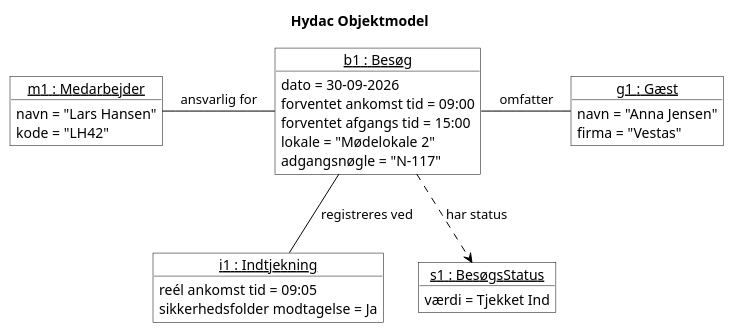
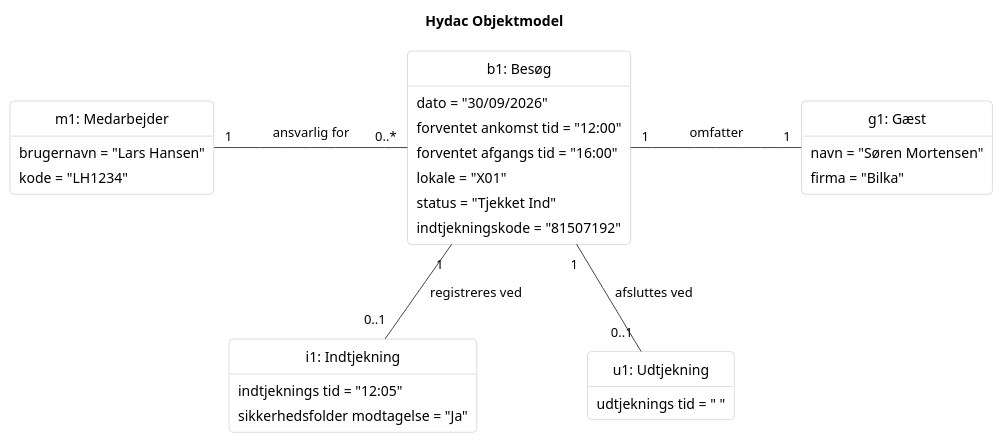
Before and after one commit to Zoabz/Hydac: the diagram in 3. Objekt Model/3. Objekt Model.puml, drawn with PlantUML.

Commit message:
Objektmodel opdateret

```diff
--- a/3. Objekt Model/3. Objekt Model.puml
+++ b/3. Objekt Model/3. Objekt Model.puml
@@ -1,42 +1,64 @@
-@startuml
+@startuml Hydac_Domaenemodel_v2
+
+skinparam backgroundColor White
+skinparam shadowing false
+skinparam defaultFontName Arial
+skinparam roundCorner 8
+skinparam linetype polyline
+skinparam nodesep 110
+skinparam ranksep 70
+skinparam padding 3
+skinparam titleFontStyle bold
+
+hide circle
+hide methods
+
+skinparam class {
+    BackgroundColor White
+    BorderColor #BBBBBB
+    ArrowColor #444444
+    FontColor Black
+    AttributeFontColor Black
+}
+
 title Hydac Objektmodel
 
-skinparam shadowing false
-skinparam object {
-  BackgroundColor White
-  BorderColor Black
-  ArrowColor Black
+class "m1: Medarbejder" as Medarbejder {
+    brugernavn = "Lars Hansen"
+    kode = "LH1234"
 }
 
-object "<u>m1 : Medarbejder</u>" as m1 {
-  navn = "Lars Hansen"
-  kode = "LH42"
+class "b1: Besøg" as Besog {
+    dato = "30/09/2026"
+    forventet ankomst tid = "12:00"
+    forventet afgangs tid = "16:00"
+    lokale = "X01"
+    status = "Tjekket Ind"
+    indtjekningskode = "81507192"
 }
 
-object "<u>b1 : Besøg</u>" as b1 {
-  dato = 30-09-2026
-  forventet ankomst tid = 09:00
-  forventet afgangs tid = 15:00
-  lokale = "Mødelokale 2"
-  adgangsnøgle = "N-117"
+class "g1: Gæst" as Gaest {
+    navn = "Søren Mortensen"
+    firma = "Bilka"
 }
 
-object "<u>g1 : Gæst</u>" as g1 {
-  navn = "Anna Jensen"
-  firma = "Vestas"
+class "i1: Indtjekning" as Indtjekning {
+    indtjeknings tid = "12:05"
+    sikkerhedsfolder modtagelse = "Ja"
 }
 
-object "<u>i1 : Indtjekning</u>" as i1 {
-  reél ankomst tid = 09:05
-  sikkerhedsfolder modtagelse = Ja
+class "u1: Udtjekning" as Udtjekning {
+    udtjeknings tid = " "
 }
 
-object "<u>s1 : BesøgsStatus</u>" as s1 {
-  værdi = Tjekket Ind
-}
 
-m1 - b1 : ansvarlig for
-b1 - g1 : omfatter
-b1 -- i1 : registreres ved
-b1 .-> s1 : har status
+
+Medarbejder "1" -right- "0..*" Besog : ansvarlig for
+Besog "1" -right- "1" Gaest : omfatter
+
+Besog "1" -- "0..1" Indtjekning : registreres ved
+Besog "1" -- "0..1" Udtjekning : afsluttes ved
+
+Indtjekning -[hidden]right- Udtjekning
+
 @enduml
```
